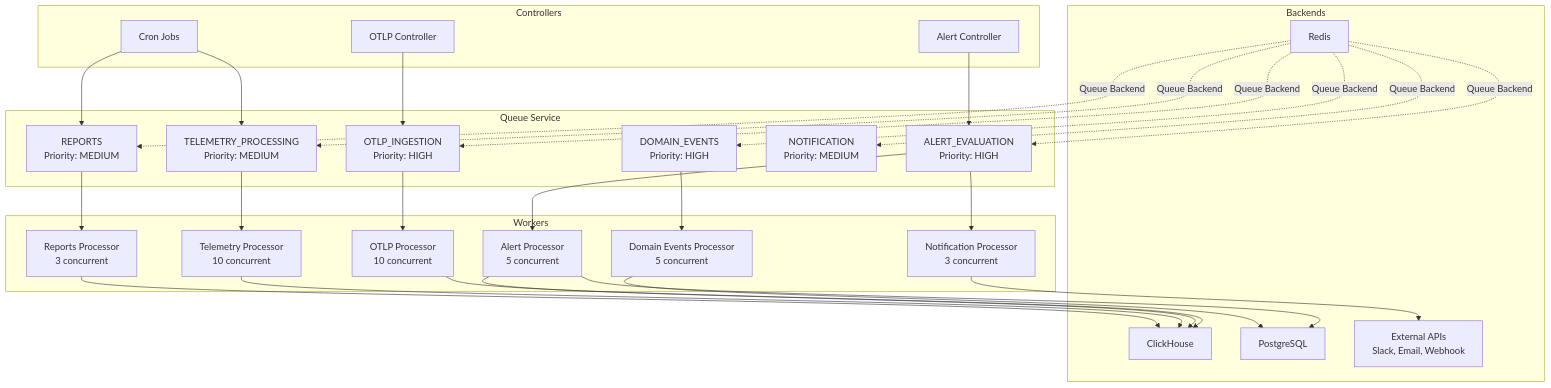
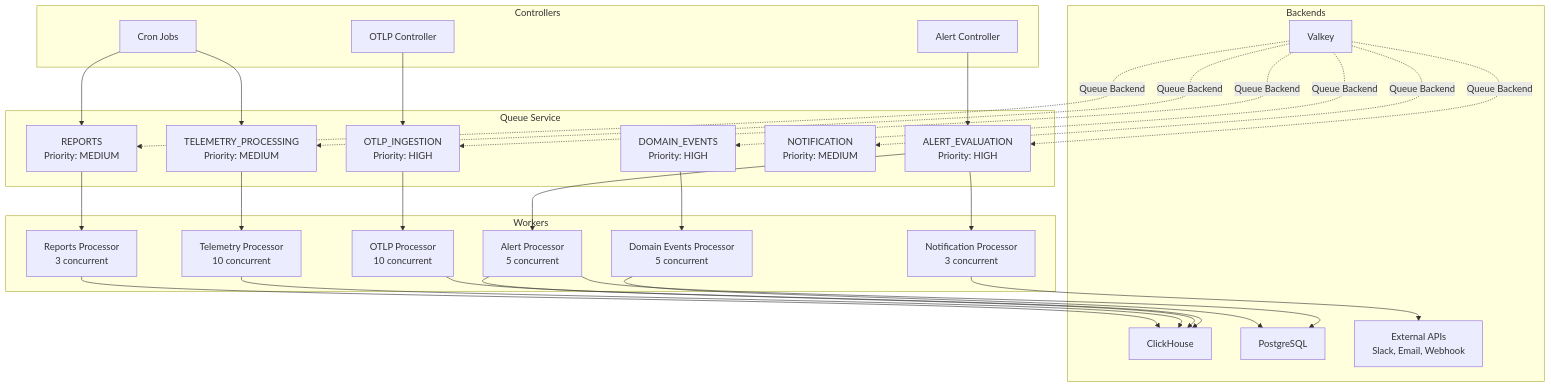
Diagram 11 of 14 in architecture/02-DATA-FLOW.md (telemetryflow/telemetryflow-overview), drawn with Mermaid before and after one commit. The commit also changed other lines of this file and 23 other files, not shown here.

First line of the commit message:
docs: relabel Redis->Valkey in architecture/diagrams/prose (follow-up sweep)

````diff
--- a/architecture/02-DATA-FLOW.md
+++ b/architecture/02-DATA-FLOW.md
@@ -612,61 +612,61 @@
 ```mermaid
 graph TB
     subgraph "Controllers"
         A1[OTLP Controller]
         A2[Alert Controller]
         A3[Cron Jobs]
     end
 
     subgraph "Queue Service"
         B1[OTLP_INGESTION<br/>Priority: HIGH]
         B2[ALERT_EVALUATION<br/>Priority: HIGH]
         B3[TELEMETRY_PROCESSING<br/>Priority: MEDIUM]
         B4[DOMAIN_EVENTS<br/>Priority: HIGH]
         B5[NOTIFICATION<br/>Priority: MEDIUM]
         B6[REPORTS<br/>Priority: MEDIUM]
     end
 
     subgraph "Workers"
         C1[OTLP Processor<br/>10 concurrent]
         C2[Alert Processor<br/>5 concurrent]
         C3[Telemetry Processor<br/>10 concurrent]
         C4[Domain Events Processor<br/>5 concurrent]
         C5[Notification Processor<br/>3 concurrent]
         C6[Reports Processor<br/>3 concurrent]
     end
 
     subgraph "Backends"
         D1[ClickHouse]
         D2[PostgreSQL]
-        D3[Redis]
+        D3[Valkey]
         D4[External APIs<br/>Slack, Email, Webhook]
     end
 
     A1 --> B1
     A2 --> B2
     A3 --> B3
 
     B1 --> C1
     B2 --> C2
     B3 --> C3
     B4 --> C4
     B2 --> C5
     A3 --> B6
 
     B6 --> C6
 
     C1 --> D1
     C2 --> D1
     C2 --> D2
     C3 --> D1
     C4 --> D2
     C5 --> D4
     C6 --> D1
 
     D3 -.->|Queue Backend| B1
     D3 -.->|Queue Backend| B2
     D3 -.->|Queue Backend| B3
     D3 -.->|Queue Backend| B4
     D3 -.->|Queue Backend| B5
     D3 -.->|Queue Backend| B6
 ```
````
